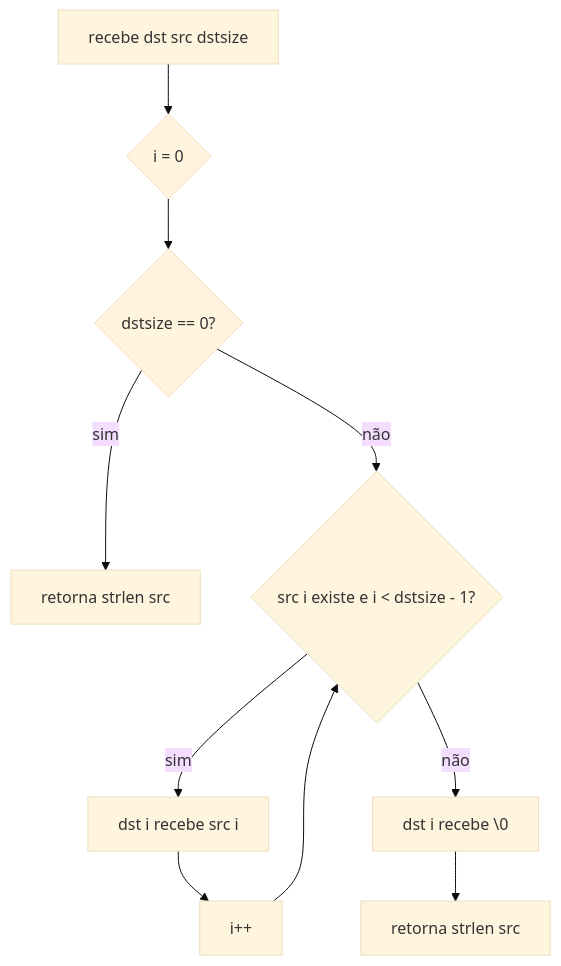
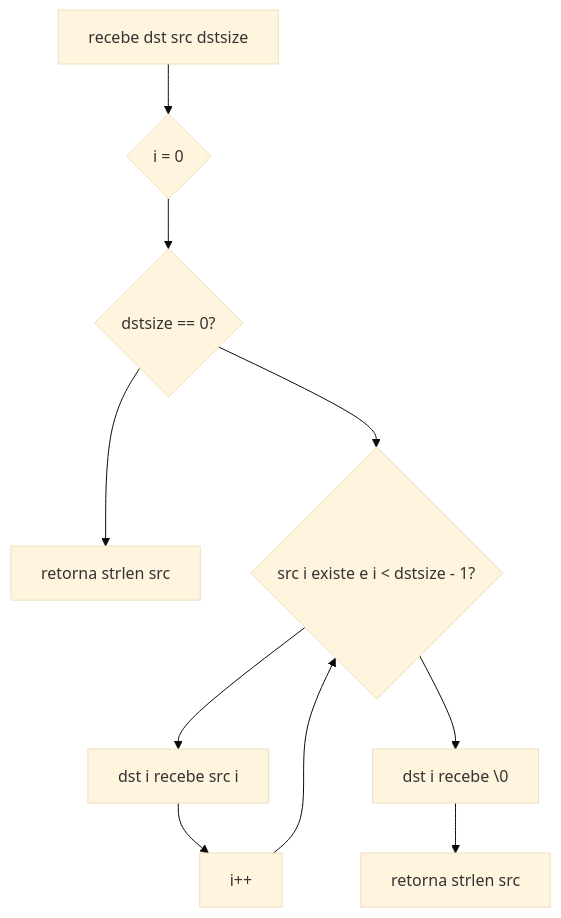
Diagram 11 of 43 in 1-libft/Readme.md (ahy-git/docs), drawn with Mermaid (base theme) before and after one commit. The commit also changed other lines of this file, not shown here.

````diff
--- a/1-libft/Readme.md
+++ b/1-libft/Readme.md
@@ -1031,12 +1031,12 @@
 ```mermaid
 flowchart TD
 	A["recebe dst src dstsize"] --> B{"i = 0"}
 	B --> C{"dstsize == 0?"}
-	C -- sim --> D["retorna strlen src"]
-	C -- não --> E{"src i existe e i < dstsize - 1?"}
-	E -- sim --> F["dst i recebe src i"]
+	C --> D["retorna strlen src"]
+	C --> E{"src i existe e i < dstsize - 1?"}
+	E --> F["dst i recebe src i"]
 	F --> G["i++"]
 	G --> E
-	E -- não --> H["dst i recebe \0"]
+	E --> H["dst i recebe \0"]
 	H --> I["retorna strlen src"]
 ```
````
